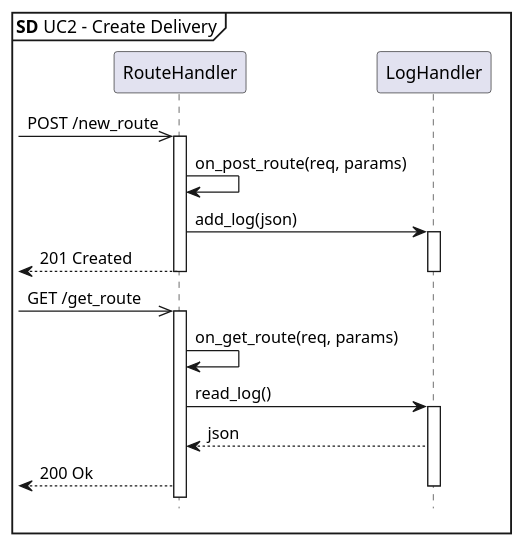
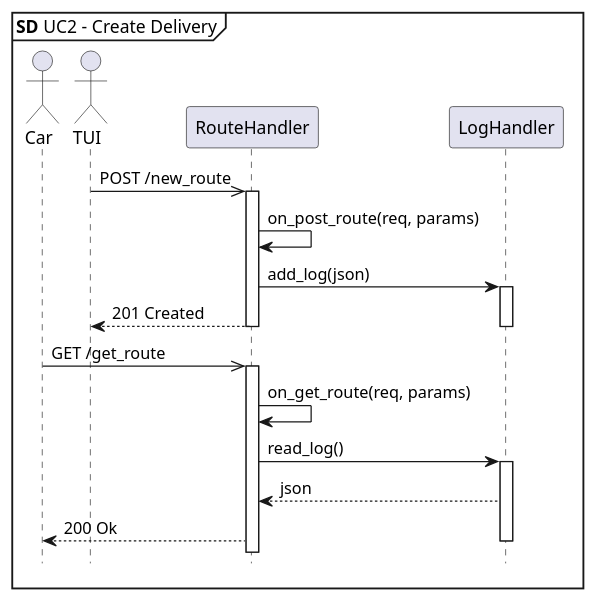
The diagram in docs/diagrams/Plantuml/apModel/uc2sd-server.puml (lineklemensen/PRJ3), drawn with PlantUML before and after one commit.

Commit message:
add dummy actor

```diff
--- a/docs/diagrams/Plantuml/apModel/uc2sd-server.puml
+++ b/docs/diagrams/Plantuml/apModel/uc2sd-server.puml
@@ -1,22 +1,24 @@
 @startuml SD UC2 - Create Delivery
 
 mainframe **SD** UC2 - Create Delivery
 hide footbox
 
+actor Car
+actor TUI
 participant RouteHandler as r
 participant LogHandler as l
 
-[->> r++ : POST /new_route
+TUI ->> r++ : POST /new_route
 r -> r : on_post_route(req, params)
 r -> l++ : add_log(json)
-[<-- r-- : 201 Created
+TUI <-- r-- : 201 Created
 l--
 
-[->> r++ : GET /get_route
+Car->> r++ : GET /get_route
 r -> r : on_get_route(req, params)
 r -> l++ : read_log()
 l --> r : json
-[<-- r : 200 Ok
+Car<-- r : 200 Ok
 l--
 
 @enduml
```
